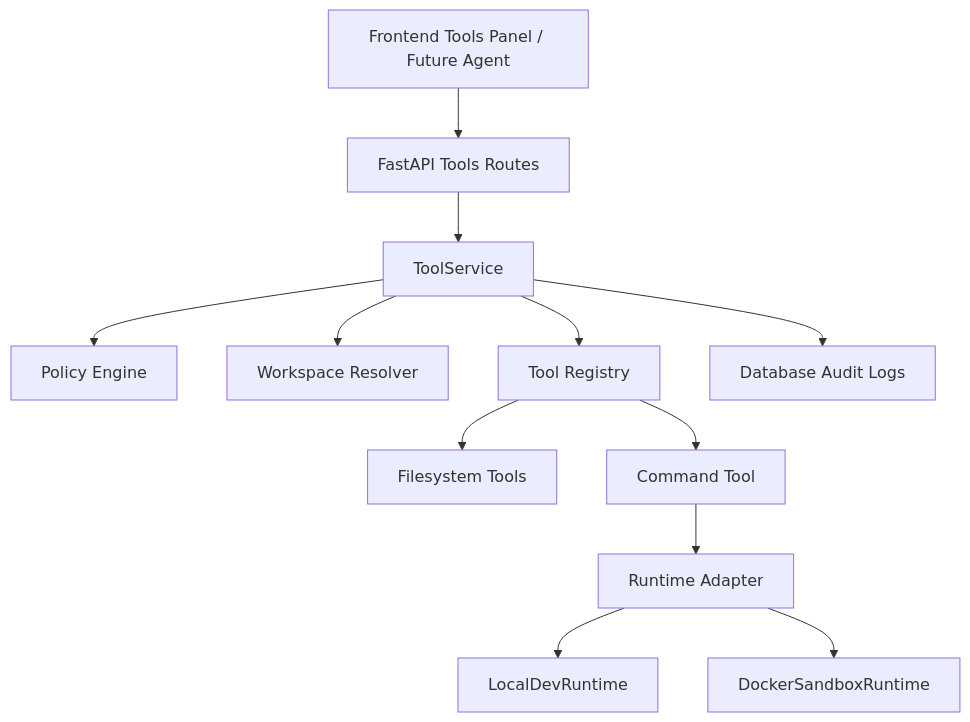
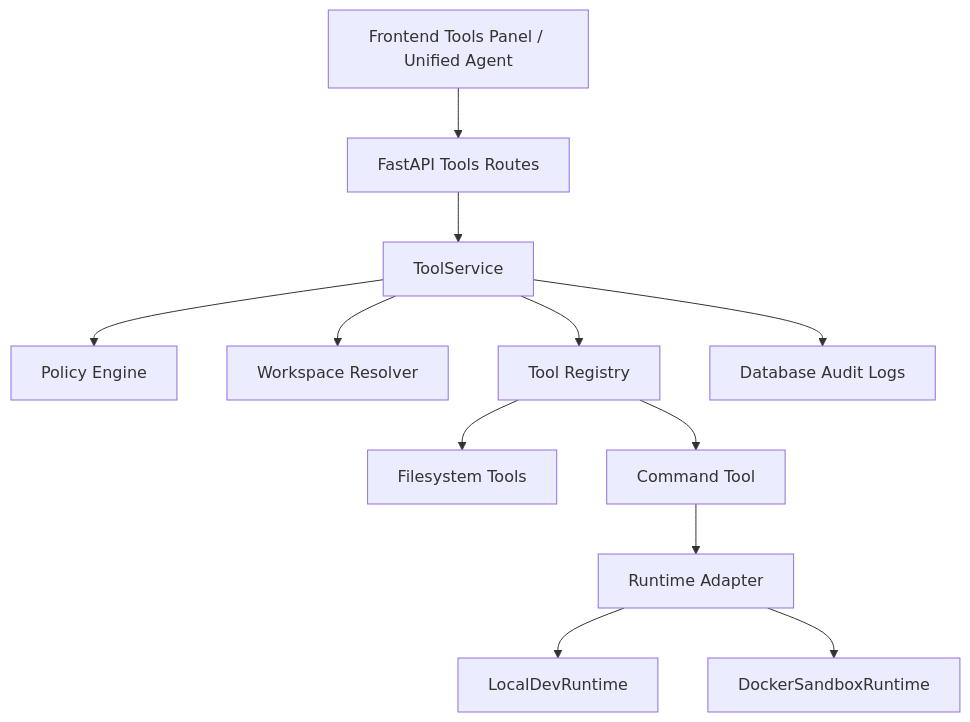
Before and after one commit to Bincode1/BiliBrain-Python: the first of 2 diagrams in docs/tools-runtime-architecture.md, drawn with Mermaid. The commit also changed other lines of this file and 2 other files, not shown here.

Commit message:
docs: sync README and architecture notes

````diff
--- a/docs/tools-runtime-architecture.md
+++ b/docs/tools-runtime-architecture.md
@@ -59,14 +61,14 @@
 ```mermaid
 flowchart TD
-    A["Frontend Tools Panel / Future Agent"] --> B["FastAPI Tools Routes"]
+    A["Frontend Tools Panel / Unified Agent"] --> B["FastAPI Tools Routes"]
     B --> C["ToolService"]
     C --> D["Policy Engine"]
     C --> E["Workspace Resolver"]
     C --> F["Tool Registry"]
     F --> G["Filesystem Tools"]
     F --> H["Command Tool"]
     H --> I["Runtime Adapter"]
     I --> J["LocalDevRuntime"]
     I --> K["DockerSandboxRuntime"]
     C --> L["Database Audit Logs"]
 ```
````
